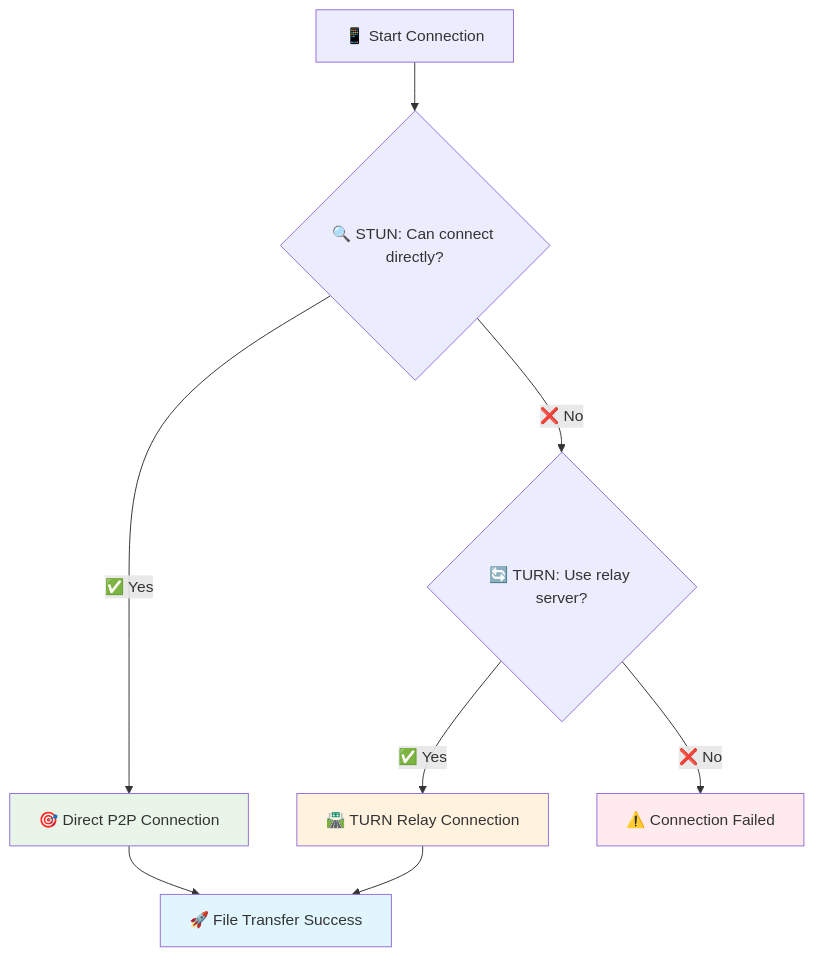
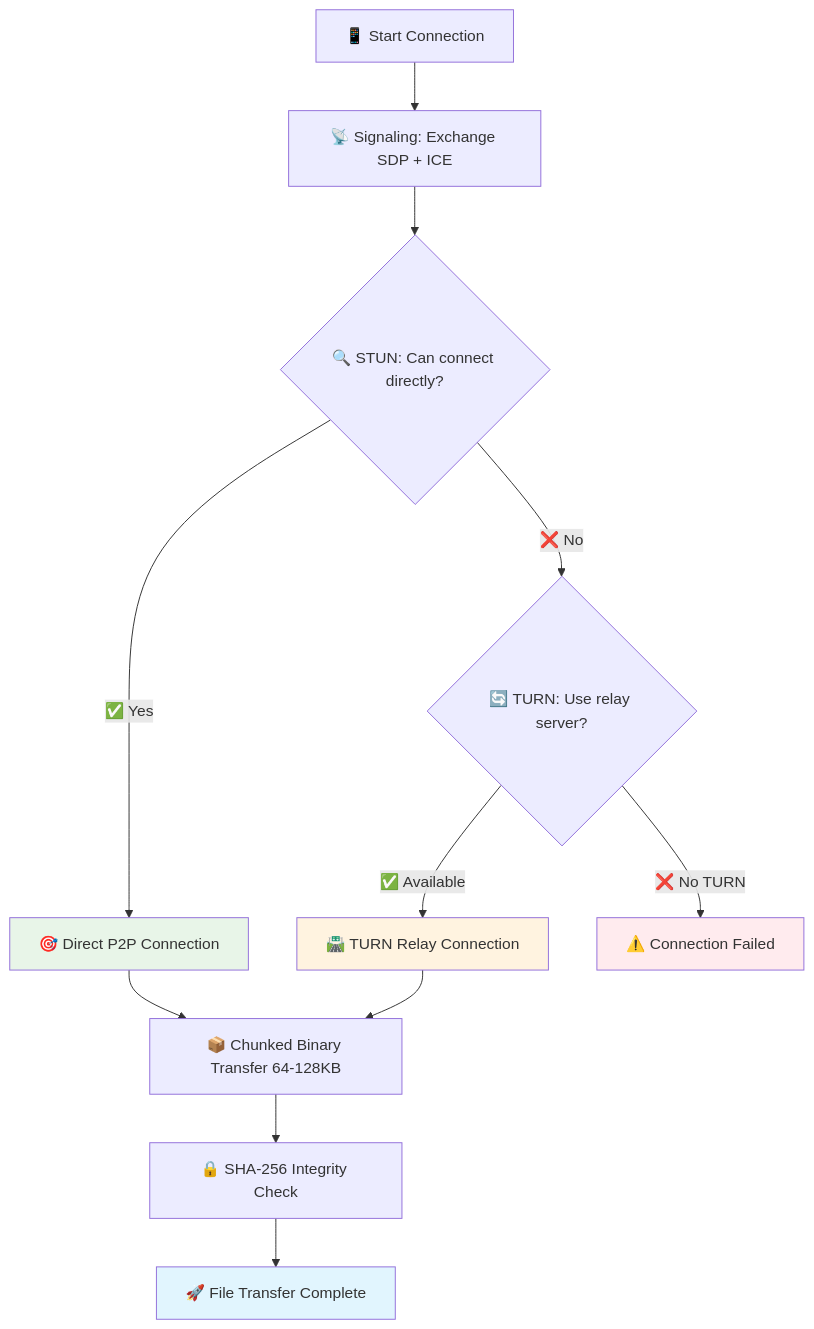
Before and after one commit to shubhampardule/transmitflow: the second of 2 diagrams in README.md, drawn with Mermaid. The commit also changed other lines of this file and 10 other files, not shown here.

First line of the commit message:
feat: rewrite README, update ARCHITECTURE, fix favicon, add circular theme animation

````diff
--- a/README.md
+++ b/README.md
@@ -414,16 +119,19 @@
 ```mermaid
 graph TD
-    A[📱 Start Connection] --> B{🔍 STUN: Can connect directly?}
-    B -->|✅ Yes| C[🎯 Direct P2P Connection]
-    B -->|❌ No| D{🔄 TURN: Use relay server?}
-    D -->|✅ Yes| E[🛣️ TURN Relay Connection]
-    D -->|❌ No| F[⚠️ Connection Failed]
+    A[📱 Start Connection] --> B[📡 Signaling: Exchange SDP + ICE]
+    B --> C{🔍 STUN: Can connect directly?}
+    C -->|✅ Yes| D[🎯 Direct P2P Connection]
+    C -->|❌ No| E{🔄 TURN: Use relay server?}
+    E -->|✅ Available| F[🛣️ TURN Relay Connection]
+    E -->|❌ No TURN| G[⚠️ Connection Failed]
     
-    C --> G[🚀 File Transfer Success]
-    E --> G
+    D --> H[📦 Chunked Binary Transfer 64-128KB]
+    F --> H
+    H --> I[🔒 SHA-256 Integrity Check]
+    I --> J[🚀 File Transfer Complete]
     
-    style C fill:#e8f5e8
-    style E fill:#fff3e0
-    style G fill:#e1f5fe
-    style F fill:#ffebee
+    style D fill:#e8f5e8
+    style F fill:#fff3e0
+    style J fill:#e1f5fe
+    style G fill:#ffebee
 ```
````
